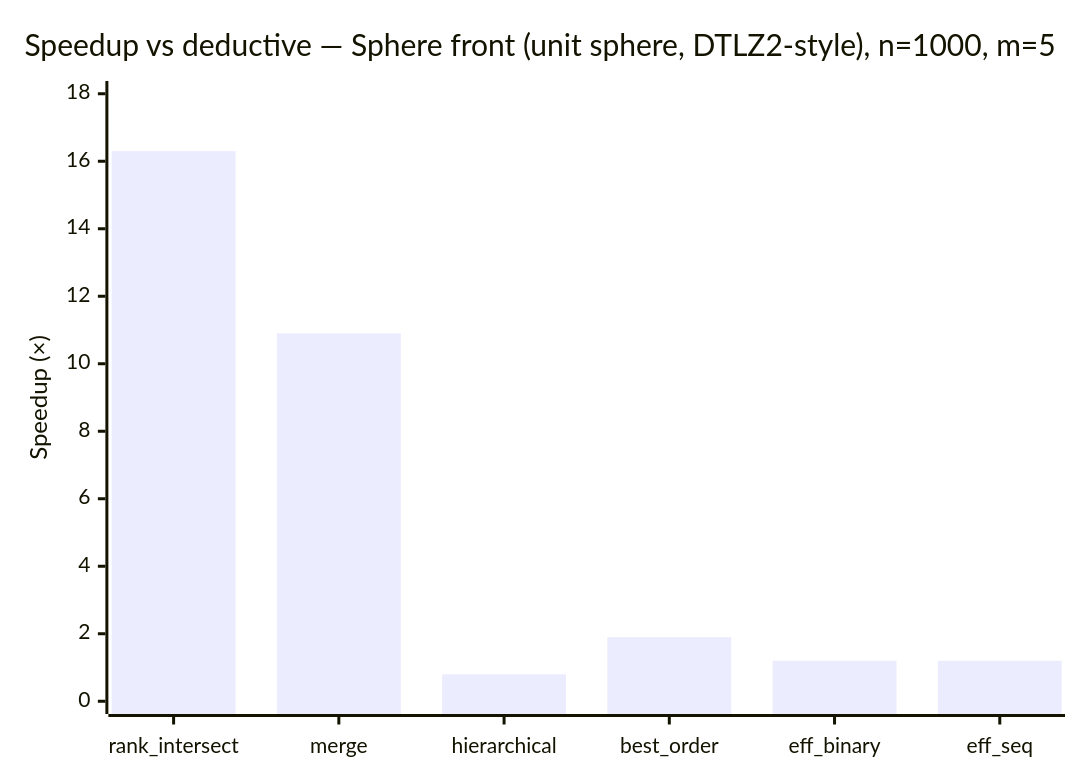
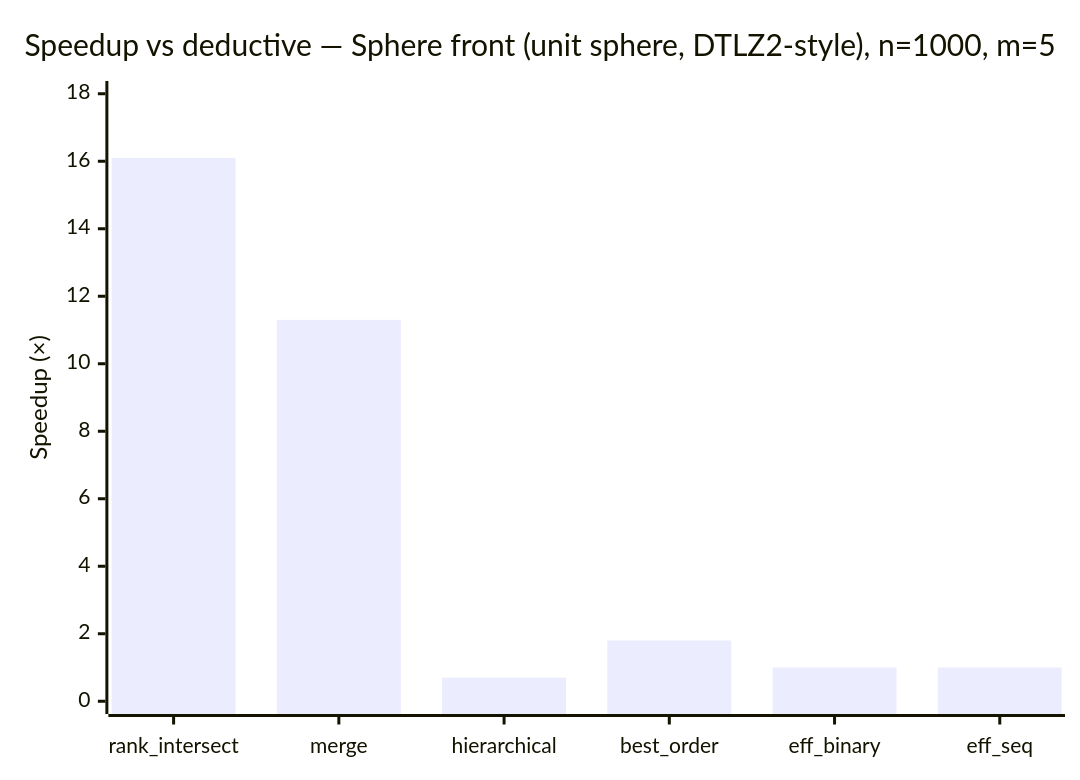
Before and after one commit to foolnotion/ndsort: the third of 8 diagrams in BENCHMARKS.md, drawn with Mermaid. The commit also changed other lines of this file and 13 other files, not shown here.

````diff
--- a/BENCHMARKS.md
+++ b/BENCHMARKS.md
@@ -96,7 +96,7 @@
 ```mermaid
 xychart-beta
     title "Speedup vs deductive — Sphere front (unit sphere, DTLZ2-style), n=1000, m=5"
     x-axis ["rank_intersect", "merge", "hierarchical", "best_order", "eff_binary", "eff_seq"]
     y-axis "Speedup (×)" 0 --> 18
-    bar [16.3, 10.9, 0.8, 1.9, 1.2, 1.2]
+    bar [16.1, 11.3, 0.7, 1.8, 1.0, 1.0]
 ```
````
